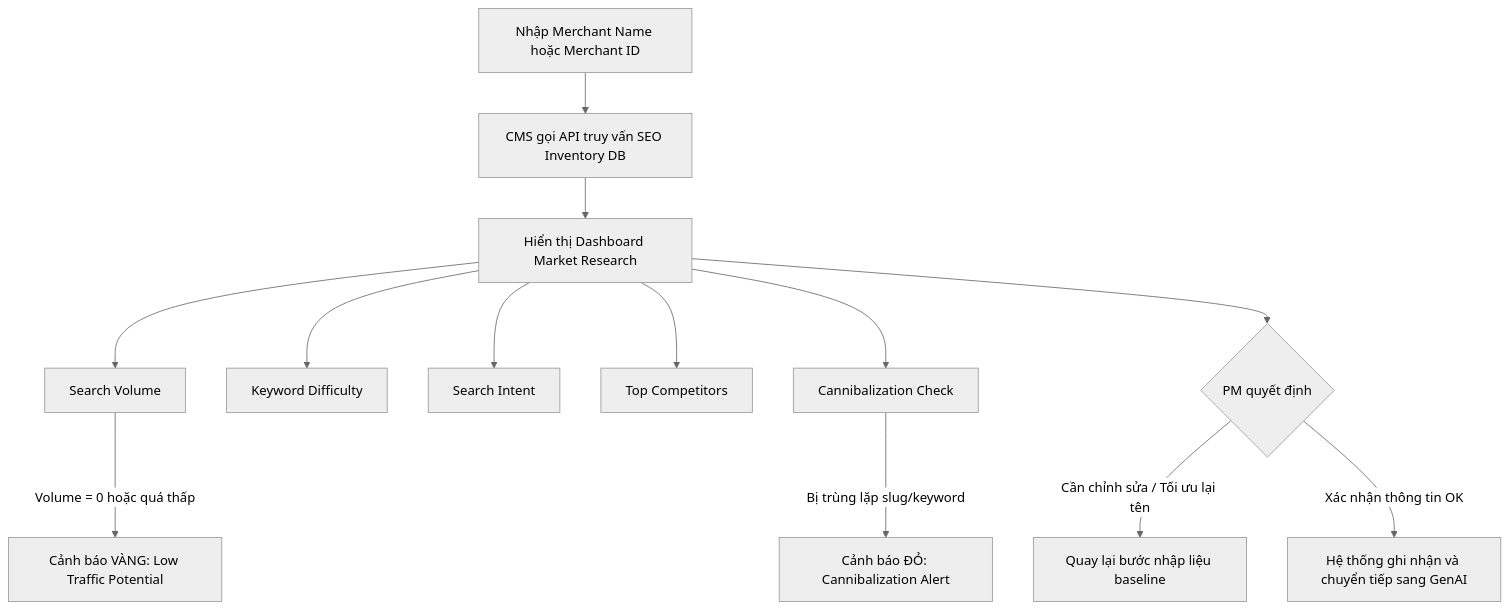
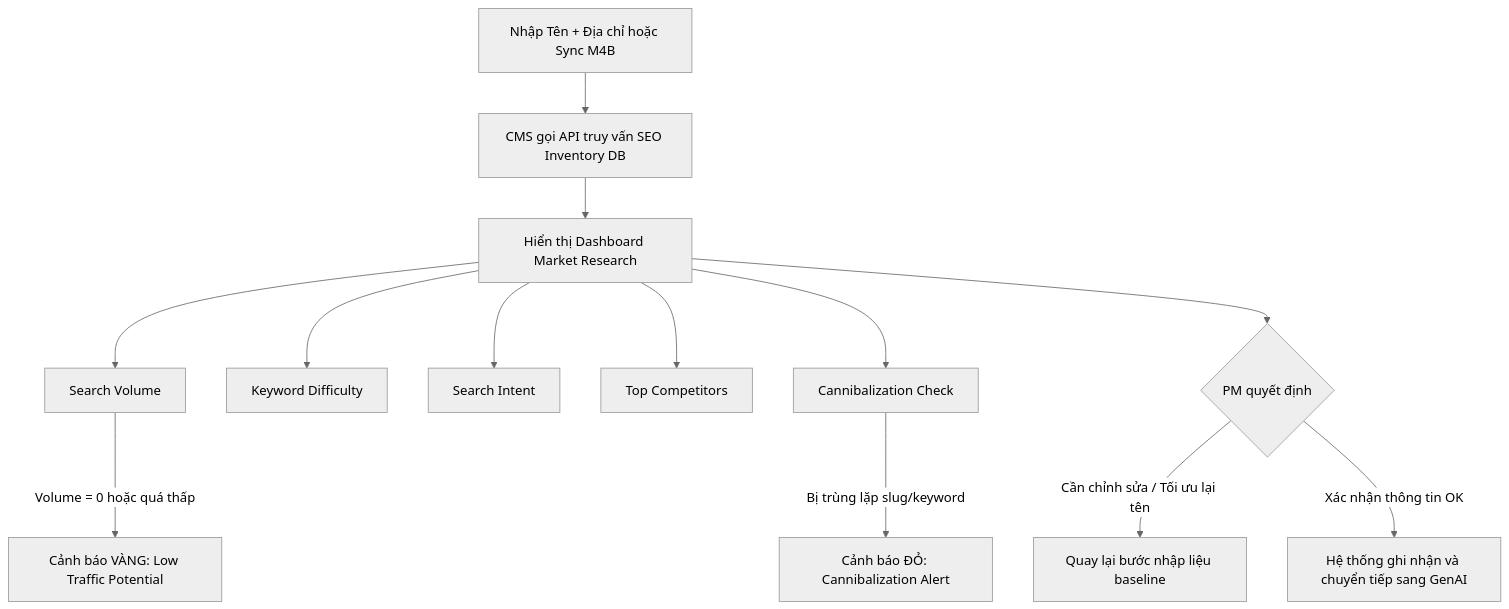
Before and after one commit to vanhien26/hienho-knowledgebase: the third of 3 diagrams in 05_USE_CASE_MOMO/merchant-project/doi-tac-brd.md, drawn with Mermaid (neutral theme). The commit also changed other lines of this file and 67 other files, not shown here.

Commit message:
feat: update Merchant and Widget specifications with deep-dive JTBD, Google Maps crawler, and dynamic schemas

````diff
--- a/05_USE_CASE_MOMO/merchant-project/doi-tac-brd.md
+++ b/05_USE_CASE_MOMO/merchant-project/doi-tac-brd.md
@@ -452,18 +633,18 @@
 ```mermaid
 graph TD
-    SubA[Nhập Merchant Name hoặc Merchant ID] --> SubB[CMS gọi API truy vấn SEO Inventory DB]
+    SubA[Nhập Tên + Địa chỉ hoặc Sync M4B] --> SubB[CMS gọi API truy vấn SEO Inventory DB]
     SubB --> SubC[Hiển thị Dashboard Market Research]
     
     SubC --> SubD1[Search Volume]
     SubC --> SubD2[Keyword Difficulty]
     SubC --> SubD3[Search Intent]
     SubC --> SubD4[Top Competitors]
     SubC --> SubD5[Cannibalization Check]
     
     SubD5 -->|Bị trùng lặp slug/keyword| Warn1[Cảnh báo ĐỎ: Cannibalization Alert]
     SubD1 -->|Volume = 0 hoặc quá thấp| Warn2[Cảnh báo VÀNG: Low Traffic Potential]
     
     SubC --> SubE{PM quyết định}
     SubE -->|Cần chỉnh sửa / Tối ưu lại tên| SubF[Quay lại bước nhập liệu baseline]
     SubE -->|Xác nhận thông tin OK| SubG[Hệ thống ghi nhận và chuyển tiếp sang GenAI]
 ```
````
